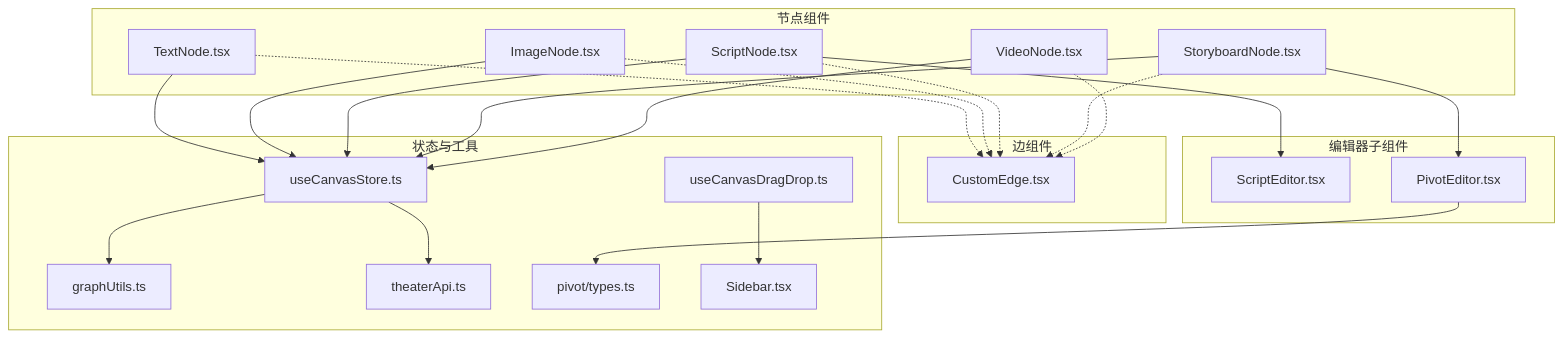
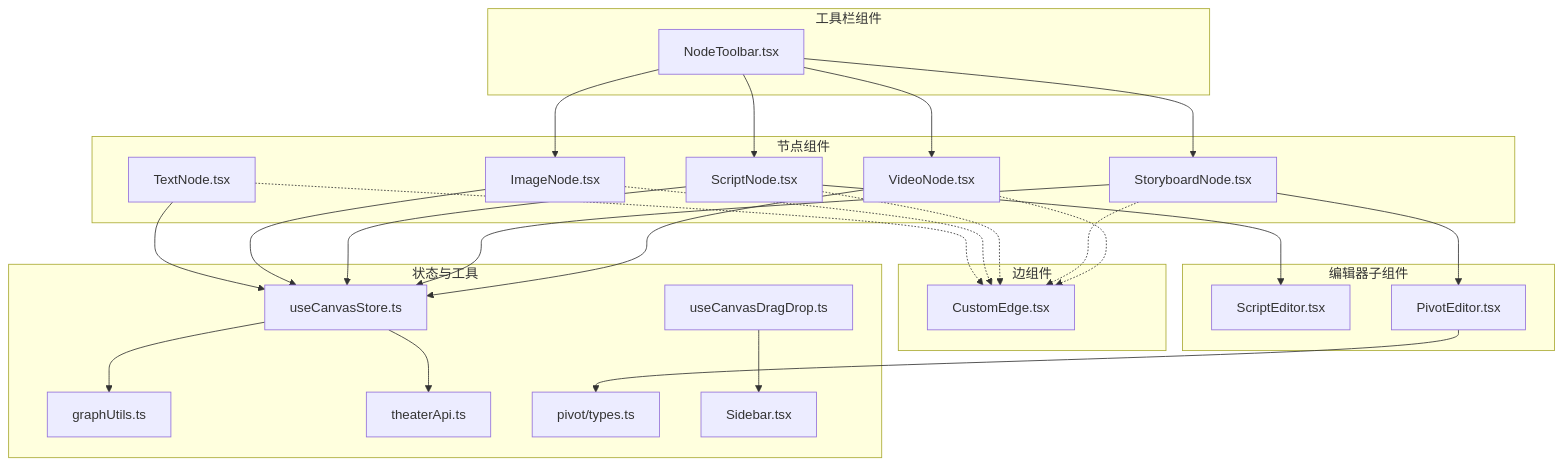
Before and after one commit to KunLabAI/KunFlix: the first of 9 diagrams in .qoder/repowiki/zh/content/前端应用架构/剧场画布编辑器/节点系统.md, drawn with Mermaid. The commit also changed other lines of this file and 9 other files, not shown here.

````diff
--- a/.qoder/repowiki/zh/content/前端应用架构/剧场画布编辑器/节点系统.md
+++ b/.qoder/repowiki/zh/content/前端应用架构/剧场画布编辑器/节点系统.md
@@ -57,41 +61,48 @@
 ```mermaid
 graph TB
 subgraph "节点组件"
 TN["TextNode.tsx"]
 IN["ImageNode.tsx"]
 SN["ScriptNode.tsx"]
 SB["StoryboardNode.tsx"]
 VN["VideoNode.tsx"]
+end
+subgraph "工具栏组件"
+NT["NodeToolbar.tsx"]
 end
 subgraph "编辑器子组件"
 SE["ScriptEditor.tsx"]
 PE["PivotEditor.tsx"]
 end
 subgraph "边组件"
 CE["CustomEdge.tsx"]
 end
 subgraph "状态与工具"
 CS["useCanvasStore.ts"]
 GU["graphUtils.ts"]
 TA["theaterApi.ts"]
 PT["pivot/types.ts"]
 DD["useCanvasDragDrop.ts"]
 SIDEBAR["Sidebar.tsx"]
 end
 TN --> CS
 IN --> CS
 SN --> CS
 SB --> CS
 VN --> CS
 SN --> SE
 SB --> PE
 PE --> PT
 CS --> TA
 CS --> GU
 TN -.-> CE
 IN -.-> CE
 SN -.-> CE
 SB -.-> CE
 VN -.-> CE
+NT --> SN
+NT --> IN
+NT --> VN
+NT --> SB
 DD --> SIDEBAR
 ```
````
